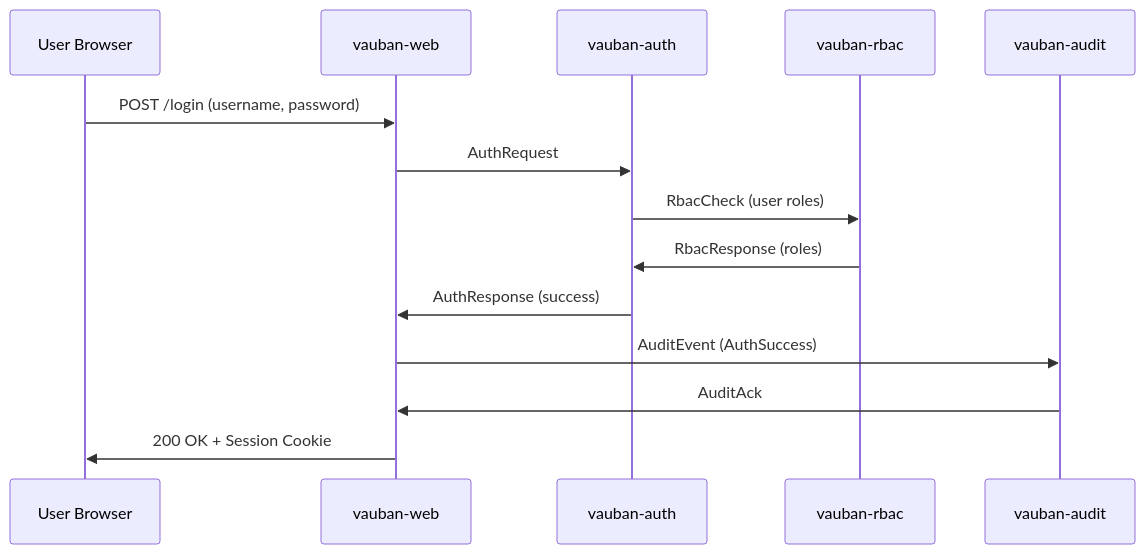
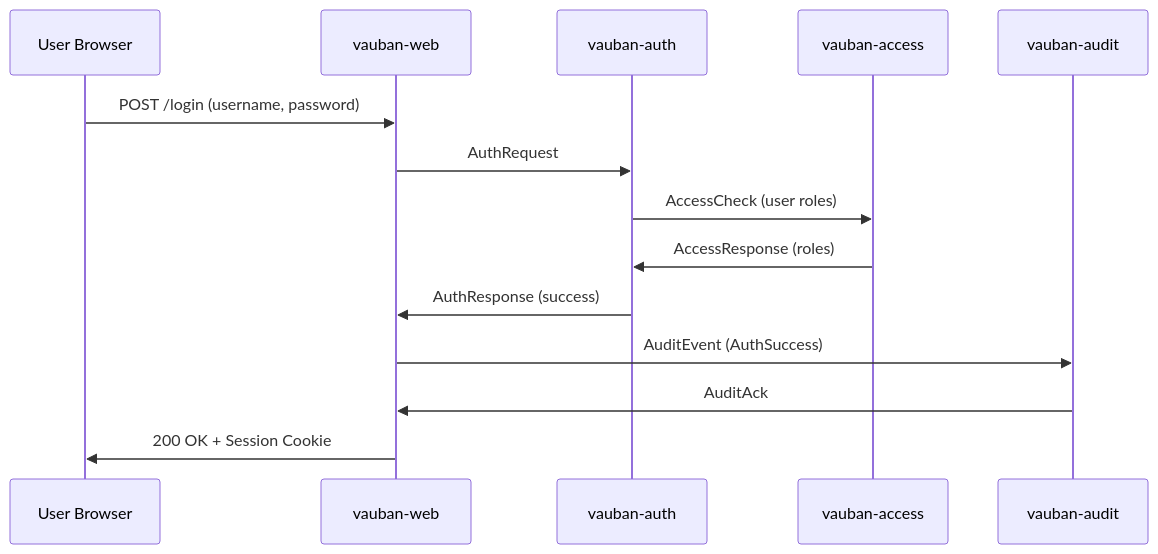
The sixth of 7 diagrams in docs/technical/Vauban_Privsep_Architecture_EN(1.0).md (rbenaley/Vauban), drawn with Mermaid before and after one commit. The commit also changed other lines of this file and 140 other files, not shown here.

First line of the commit message:
feat!: vauban 0.4.0 - instance-level access control with service isolation

````diff
--- a/docs/technical/Vauban_Privsep_Architecture_EN(1.0).md
+++ b/docs/technical/Vauban_Privsep_Architecture_EN(1.0).md
@@ -829,17 +829,17 @@
 ```mermaid
 sequenceDiagram
     participant U as User Browser
     participant W as vauban-web
     participant A as vauban-auth
-    participant R as vauban-rbac
+    participant R as vauban-access
     participant Au as vauban-audit
 
     U->>W: POST /login (username, password)
     W->>A: AuthRequest
-    A->>R: RbacCheck (user roles)
-    R->>A: RbacResponse (roles)
+    A->>R: AccessCheck (user roles)
+    R->>A: AccessResponse (roles)
     A->>W: AuthResponse (success)
     W->>Au: AuditEvent (AuthSuccess)
     Au->>W: AuditAck
     W->>U: 200 OK + Session Cookie
 ```
````
